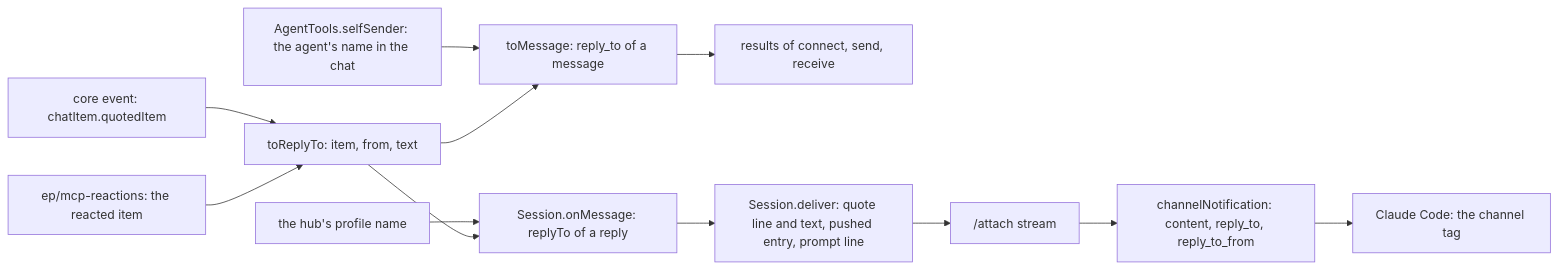
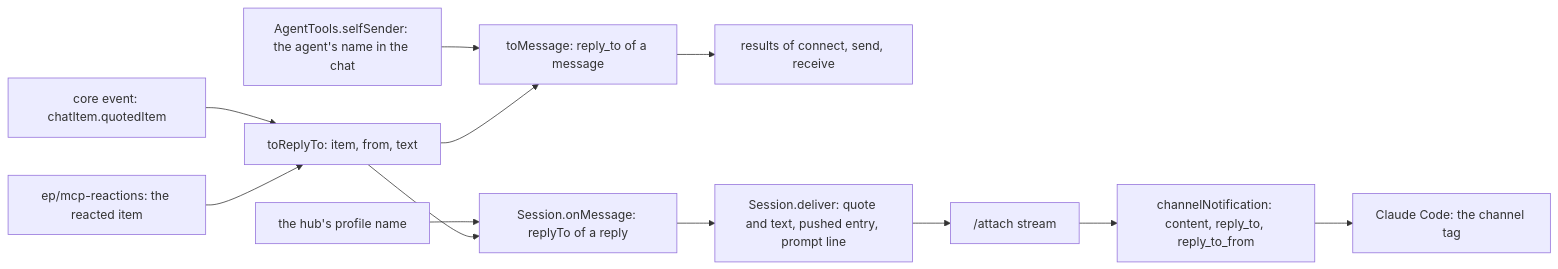
Before and after one commit to simplex-chat/simplex-chat: the second of 2 diagrams in plans/2026-11-12-mcp-replies.md, drawn with Mermaid. The commit also changed other lines of this file, not shown here.

Commit message:
plan: mcp-replies, quote of 200 characters, ellipsis when cut

````diff
--- a/plans/2026-11-12-mcp-replies.md
+++ b/plans/2026-11-12-mcp-replies.md
@@ -244,14 +260,14 @@
 ```mermaid
 flowchart LR
   Q[core event: chatItem.quotedItem] --> M[toReplyTo: item, from, text]
   E[ep/mcp-reactions: the reacted item] --> M
   N[AgentTools.selfSender: the agent's name in the chat] --> T
   H[the hub's profile name] --> O
   M --> T[toMessage: reply_to of a message]
   T --> R[results of connect, send, receive]
   M --> O[Session.onMessage: replyTo of a reply]
-  O --> L[Session.deliver: quote line and text, pushed entry, prompt line]
+  O --> L[Session.deliver: quote and text, pushed entry, prompt line]
   L --> A["/attach stream"]
   A --> S[channelNotification: content, reply_to, reply_to_from]
   S --> C[Claude Code: the channel tag]
 ```
````
